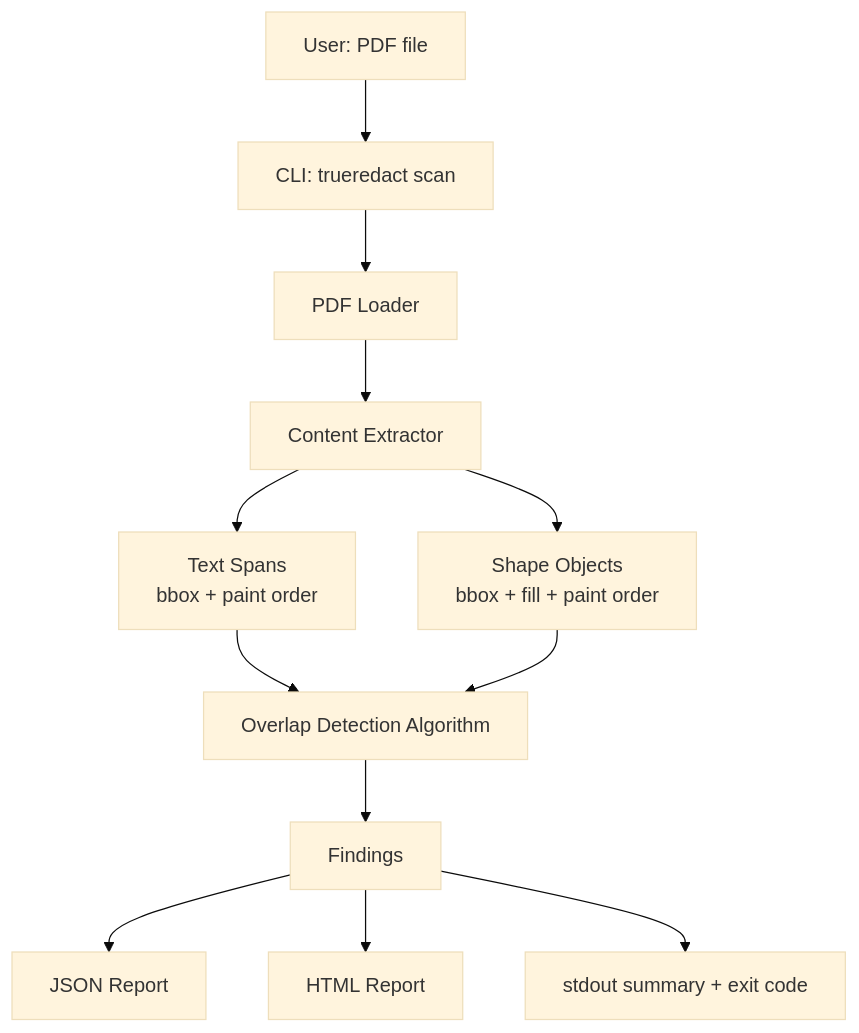
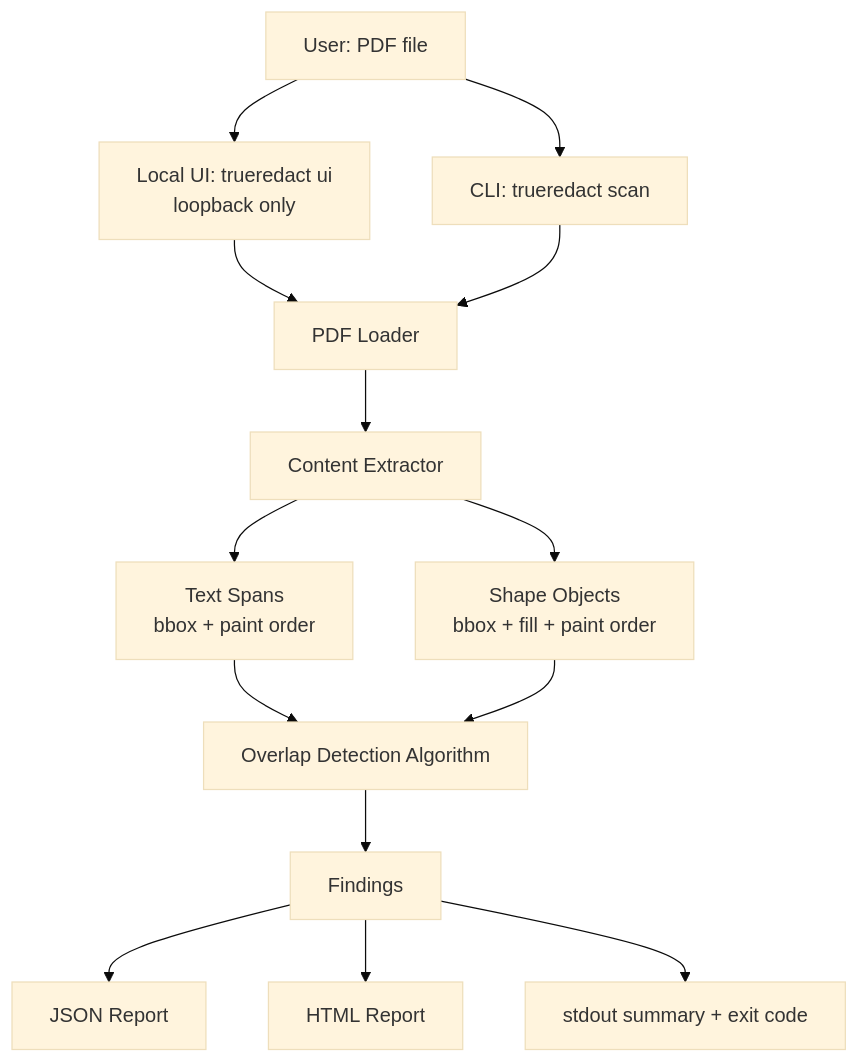
Before and after one commit to mithunveluru/trueredact: the diagram in docs/ARCHITECTURE.md, drawn with Mermaid (base theme). The commit also changed other lines of this file and 3 other files, not shown here.

````diff
--- a/docs/ARCHITECTURE.md
+++ b/docs/ARCHITECTURE.md
@@ -7,14 +7,16 @@
 ```mermaid
 flowchart TD
     User[User: PDF file] --> CLI[CLI: trueredact scan]
-    CLI --> Loader[PDF Loader]
+    User --> UI[Local UI: trueredact ui<br/>loopback only]
+    UI --> Loader[PDF Loader]
+    CLI --> Loader
     Loader --> Extractor[Content Extractor]
     Extractor --> TextSpans[Text Spans<br/>bbox + paint order]
     Extractor --> ShapeObjects[Shape Objects<br/>bbox + fill + paint order]
     TextSpans --> Detector[Overlap Detection Algorithm]
     ShapeObjects --> Detector
     Detector --> Findings[Findings]
     Findings --> JSONReport[JSON Report]
     Findings --> HTMLReport[HTML Report]
     Findings --> StdoutReport[stdout summary + exit code]
 ```
````
